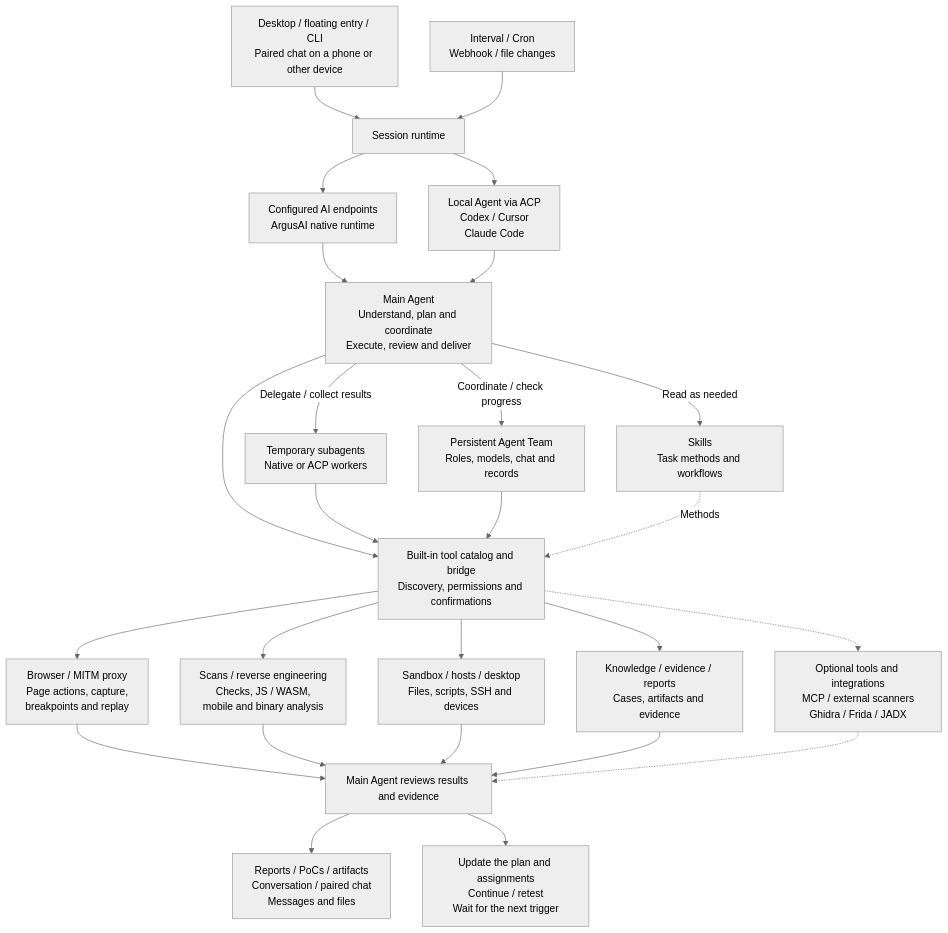
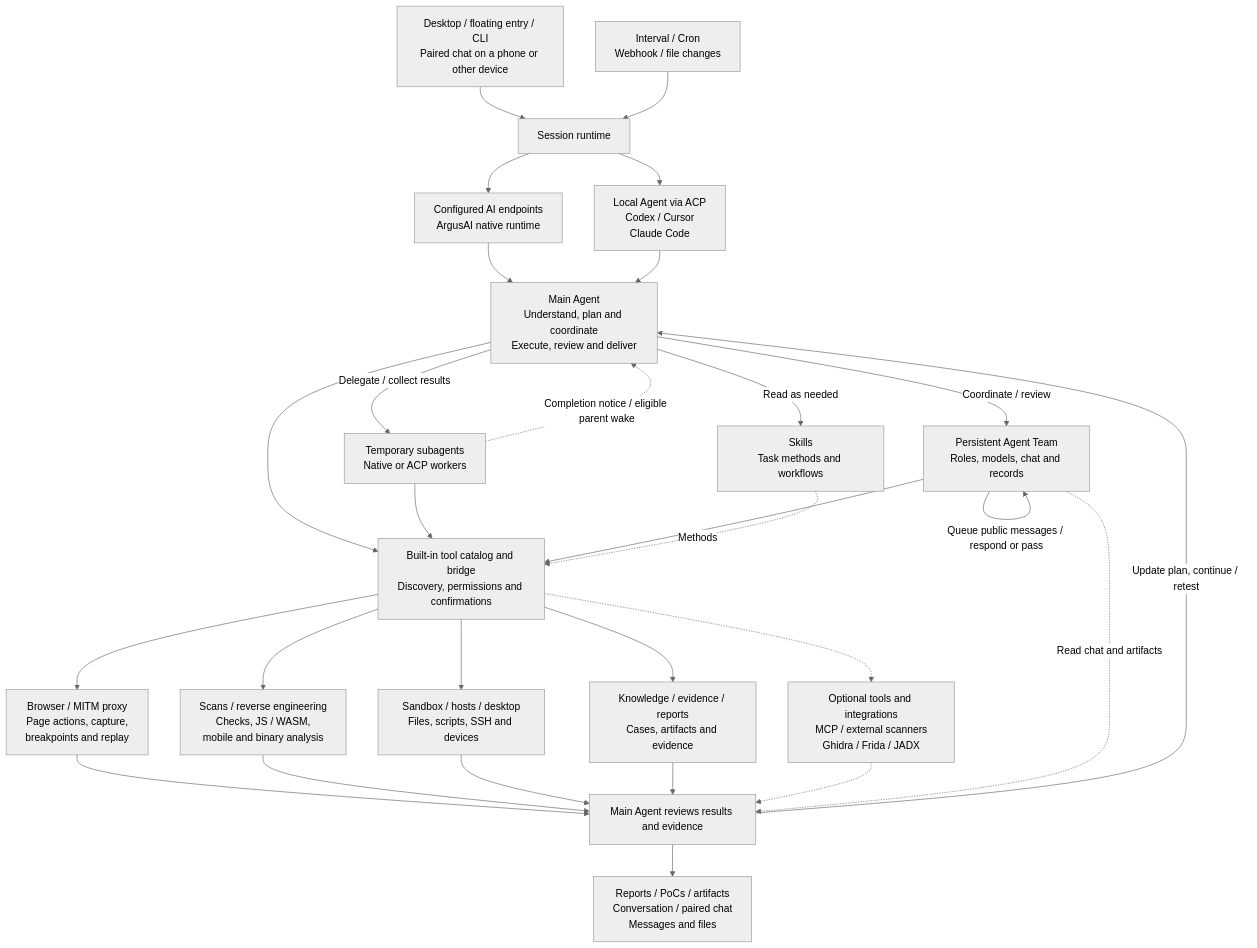
Before and after one commit to HG-ha/Argusai: the first of 3 diagrams in README.en.md, drawn with Mermaid (neutral theme). The commit also changed other lines of this file and 1 other file, not shown here.

Commit message:
docs: show Agent execution loops and wakeup mechanisms

````diff
--- a/README.en.md
+++ b/README.en.md
@@ -44,30 +44,33 @@
 ```mermaid
 flowchart TB
     Input["Desktop / floating entry / CLI<br/>Paired chat on a phone or other device"] --> Session["Session runtime"]
     Events["Interval / Cron<br/>Webhook / file changes"] --> Session
     Session --> Native["Configured AI endpoints<br/>ArgusAI native runtime"]
     Session --> ACP["Local Agent via ACP<br/>Codex / Cursor<br/>Claude Code"]
     Native --> Main["Main Agent<br/>Understand, plan and coordinate<br/>Execute, review and deliver"]
     ACP --> Main
 
     Main -->|Delegate / collect results| Sub["Temporary subagents<br/>Native or ACP workers"]
-    Main -->|Coordinate / check progress| Team["Persistent Agent Team<br/>Roles, models, chat and records"]
+    Main -->|Coordinate / review| Team["Persistent Agent Team<br/>Roles, models, chat and records"]
     Main -->|Read as needed| Skills["Skills<br/>Task methods and workflows"]
     Main --> Tools["Built-in tool catalog and bridge<br/>Discovery, permissions and confirmations"]
     Sub --> Tools
     Team --> Tools
     Skills -.->|Methods| Tools
 
     Tools --> Web["Browser / MITM proxy<br/>Page actions, capture,<br/>breakpoints and replay"]
     Tools --> Analysis["Scans / reverse engineering<br/>Checks, JS / WASM,<br/>mobile and binary analysis"]
     Tools --> Execution["Sandbox / hosts / desktop<br/>Files, scripts, SSH and devices"]
     Tools --> Knowledge["Knowledge / evidence / reports<br/>Cases, artifacts and evidence"]
     Tools -.-> Extensions["Optional tools and integrations<br/>MCP / external scanners<br/>Ghidra / Frida / JADX"]
     Web --> Review["Main Agent reviews results and evidence"]
     Analysis --> Review
     Execution --> Review
     Knowledge --> Review
     Extensions -.-> Review
     Review --> Delivery["Reports / PoCs / artifacts<br/>Conversation / paired chat<br/>Messages and files"]
-    Review --> Continue["Update the plan and assignments<br/>Continue / retest<br/>Wait for the next trigger"]
+    Review -->|Update plan, continue / retest| Main
+    Sub -.->|Completion notice / eligible parent wake| Main
+    Team -->|Queue public messages / respond or pass| Team
+    Team -.->|Read chat and artifacts| Review
 ```
````
